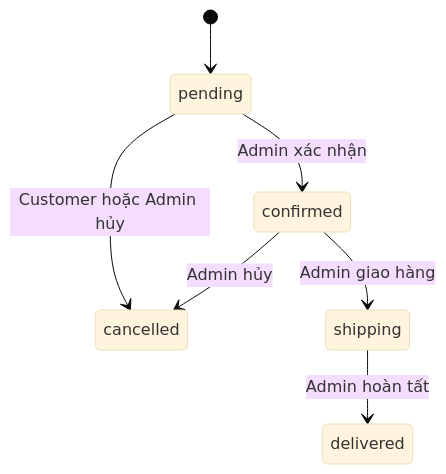
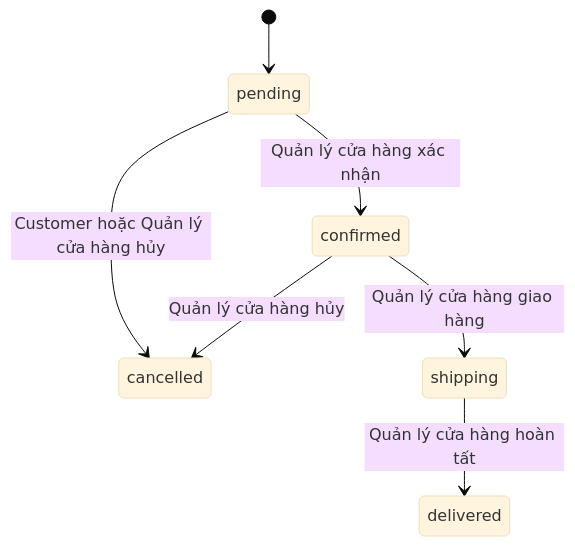
Before and after one commit to longdt2025/nest-market-laravel: the fourth of 4 diagrams in docs/BAO_CAO.md, drawn with Mermaid (base theme). The commit also changed other lines of this file and 64 other files, not shown here.

````diff
--- a/docs/BAO_CAO.md
+++ b/docs/BAO_CAO.md
@@ -191,9 +200,9 @@
 ```mermaid
 stateDiagram-v2
     [*] --> pending
-    pending --> confirmed: Admin xác nhận
-    pending --> cancelled: Customer hoặc Admin hủy
-    confirmed --> shipping: Admin giao hàng
-    confirmed --> cancelled: Admin hủy
-    shipping --> delivered: Admin hoàn tất
+    pending --> confirmed: Quản lý cửa hàng xác nhận
+    pending --> cancelled: Customer hoặc Quản lý cửa hàng hủy
+    confirmed --> shipping: Quản lý cửa hàng giao hàng
+    confirmed --> cancelled: Quản lý cửa hàng hủy
+    shipping --> delivered: Quản lý cửa hàng hoàn tất
 ```
````
